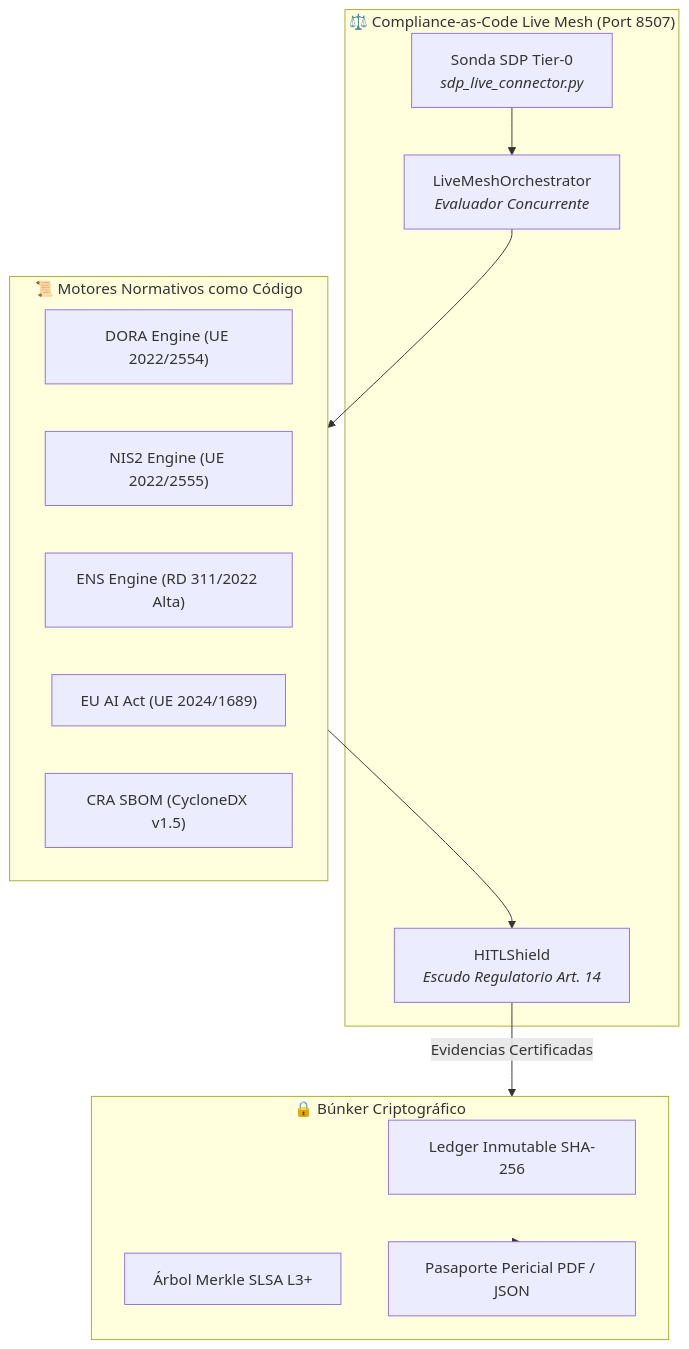
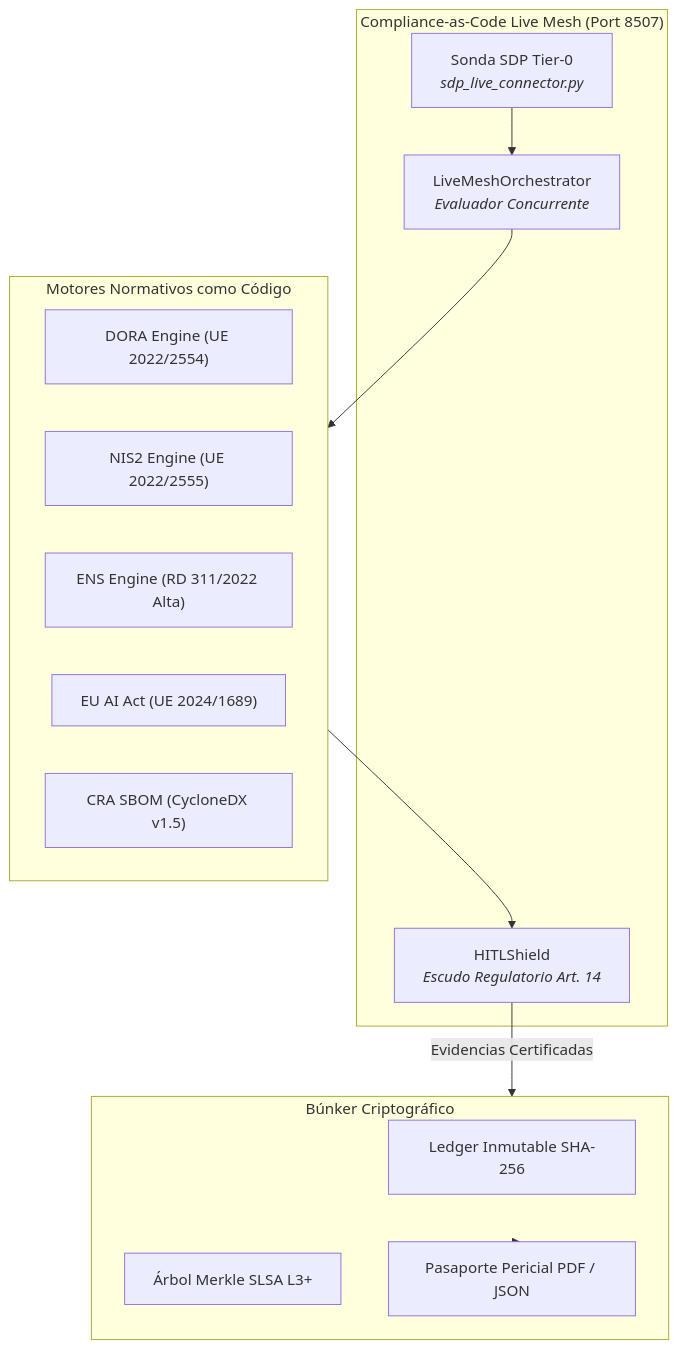
Before and after one commit to Tardigrado-76/Capgemini: the diagram in Compliance-as-Code Live Mesh/README.md, drawn with Mermaid. The commit also changed other lines of this file and 4 other files, not shown here.

Commit message:
docs(compliance): Compliance Live Mesh 30/30 tests, DORA/NIS2/ENS/EU AI Act/CRA/RGPD, zero emojis

````diff
--- a/Compliance-as-Code Live Mesh/README.md
+++ b/Compliance-as-Code Live Mesh/README.md
@@ -20,28 +20,28 @@
 ```mermaid
 graph TD
-    subgraph LiveMesh ["⚖️ Compliance-as-Code Live Mesh (Port 8507)"]
-        LMO["LiveMeshOrchestrator<br/><i>Evaluador Concurrente</i>"]
-        SONDA["Sonda SDP Tier-0<br/><i>sdp_live_connector.py</i>"]
-        SHIELD["HITLShield<br/><i>Escudo Regulatorio Art. 14</i>"]
-    end
+ subgraph LiveMesh ["Compliance-as-Code Live Mesh (Port 8507)"]
+ LMO["LiveMeshOrchestrator<br/><i>Evaluador Concurrente</i>"]
+ SONDA["Sonda SDP Tier-0<br/><i>sdp_live_connector.py</i>"]
+ SHIELD["HITLShield<br/><i>Escudo Regulatorio Art. 14</i>"]
+ end
 
-    subgraph Frameworks ["📜 Motores Normativos como Código"]
-        DORA["DORA Engine (UE 2022/2554)"]
-        NIS2["NIS2 Engine (UE 2022/2555)"]
-        ENS["ENS Engine (RD 311/2022 Alta)"]
-        AIACT["EU AI Act (UE 2024/1689)"]
-        CRA["CRA SBOM (CycloneDX v1.5)"]
-    end
+ subgraph Frameworks ["Motores Normativos como Código"]
+ DORA["DORA Engine (UE 2022/2554)"]
+ NIS2["NIS2 Engine (UE 2022/2555)"]
+ ENS["ENS Engine (RD 311/2022 Alta)"]
+ AIACT["EU AI Act (UE 2024/1689)"]
+ CRA["CRA SBOM (CycloneDX v1.5)"]
+ end
 
-    subgraph Evidence ["🔒 Búnker Criptográfico"]
-        LEDGER["Ledger Inmutable SHA-256"]
-        MERKLE["Árbol Merkle SLSA L3+"]
-        PASSPORT["Pasaporte Pericial PDF / JSON"]
-    end
+ subgraph Evidence ["Búnker Criptográfico"]
+ LEDGER["Ledger Inmutable SHA-256"]
+ MERKLE["Árbol Merkle SLSA L3+"]
+ PASSPORT["Pasaporte Pericial PDF / JSON"]
+ end
 
-    SONDA --> LMO
-    LMO --> Frameworks
-    Frameworks --> SHIELD
-    SHIELD -->|Evidencias Certificadas| Evidence
-    Evidence --> PASSPORT
+ SONDA --> LMO
+ LMO --> Frameworks
+ Frameworks --> SHIELD
+ SHIELD -->|Evidencias Certificadas| Evidence
+ Evidence --> PASSPORT
 ```
````
